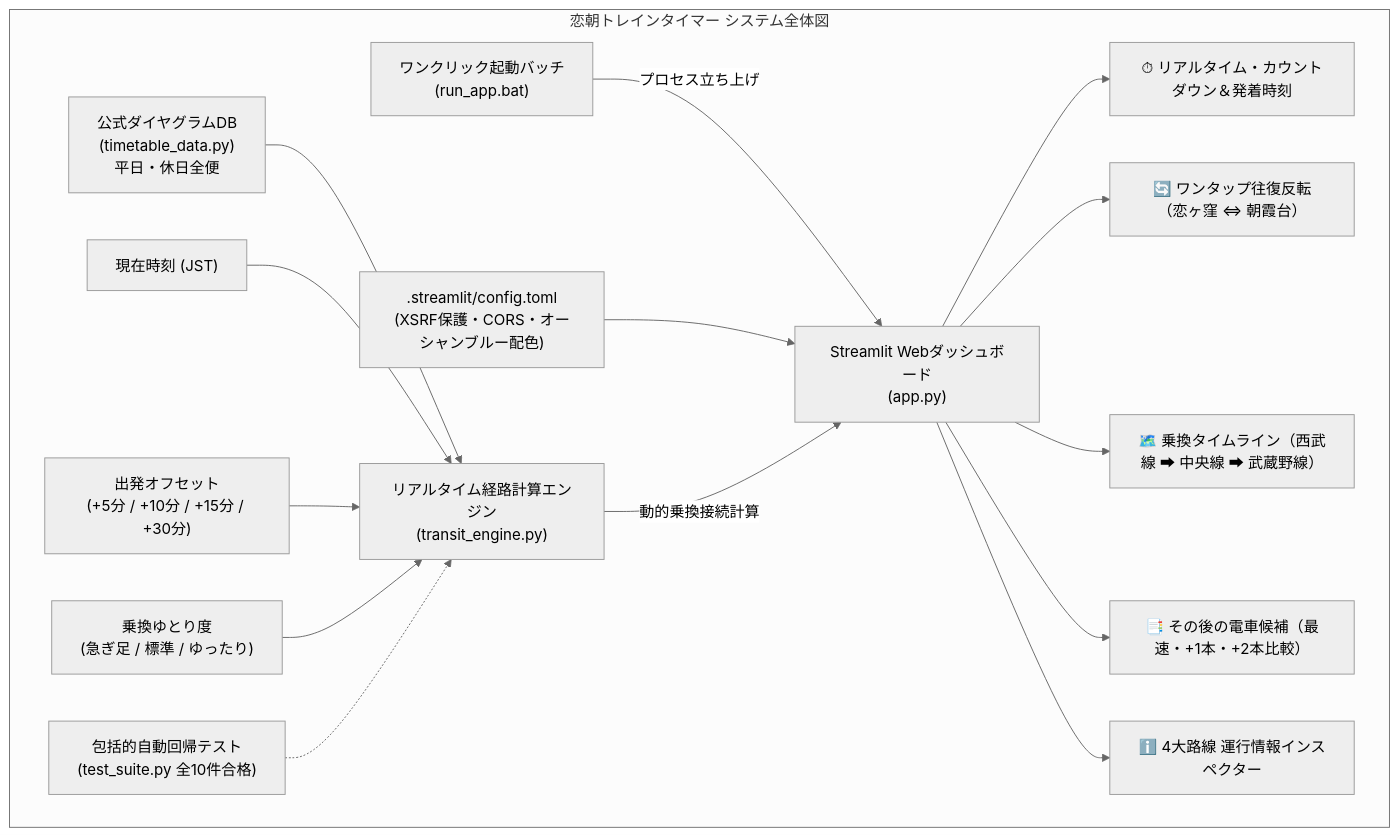
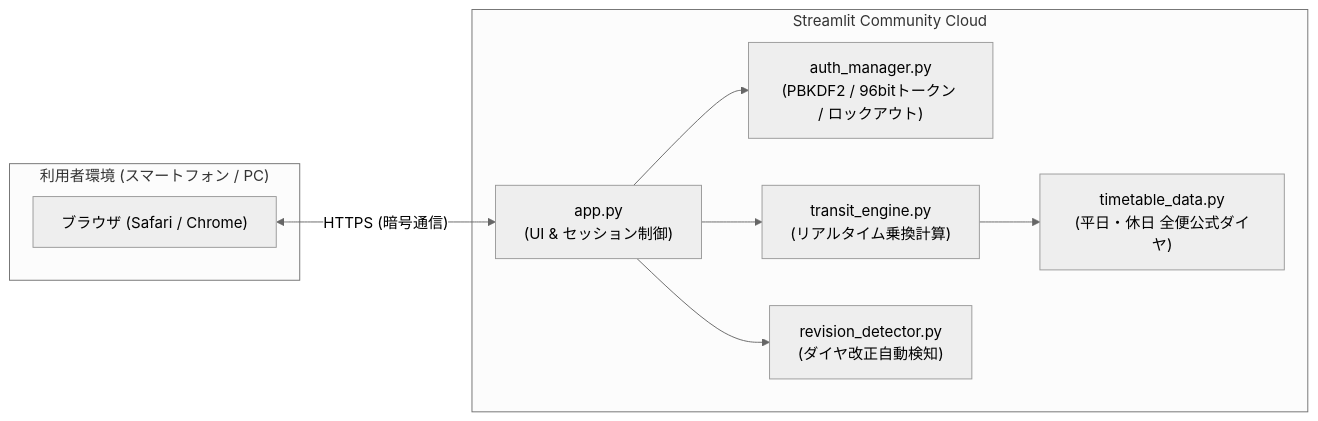
Before and after one commit to uriboh428/koiasa-train-timer: the second of 2 diagrams in README.md, drawn with Mermaid (neutral theme). The commit also changed other lines of this file and 1 other file, not shown here.

````diff
--- a/README.md
+++ b/README.md
@@ -19,24 +70,20 @@
 ```mermaid
-flowchart TD
-    subgraph Architecture["恋朝トレインタイマー システム全体図"]
-        Batch["ワンクリック起動バッチ<br>(run_app.bat)"] -->|"プロセス立ち上げ"| App["Streamlit Webダッシュボード<br>(app.py)"]
-        
-        Config[".streamlit/config.toml<br>(XSRF保護・CORS・オーシャンブルー配色)"] --> App
-        
-        Timetable["公式ダイヤグラムDB<br>(timetable_data.py)<br>平日・休日全便"] --> Engine["リアルタイム経路計算エンジン<br>(transit_engine.py)"]
-        
-        Clock["現在時刻 (JST)"] --> Engine
-        Offset["出発オフセット<br>(+5分 / +10分 / +15分 / +30分)"] --> Engine
-        Pace["乗換ゆとり度<br>(急ぎ足 / 標準 / ゆったり)"] --> Engine
-        
-        Engine -->|"動的乗換接続計算"| App
-        
-        App --> View1["⏱ リアルタイム・カウントダウン＆発着時刻"]
-        App --> View2["🔄 ワンタップ往復反転（恋ヶ窪 ⇔ 朝霞台）"]
-        App --> View3["🗺️ 乗換タイムライン（西武線 ➡ 中央線 ➡ 武蔵野線）"]
-        App --> View4["📑 その後の電車候補（最速・+1本・+2本比較）"]
-        App --> View5["ℹ️ 4大路線 運行情報インスペクター"]
-        
-        TestSuite["包括的自動回帰テスト<br>(test_suite.py 全10件合格)"] -.-> Engine
+flowchart LR
+    subgraph Client["利用者環境 (スマートフォン / PC)"]
+        Browser["ブラウザ (Safari / Chrome)"]
     end
+
+    subgraph StreamlitCloud["Streamlit Community Cloud"]
+        App["app.py<br>(UI & セッション制御)"]
+        Auth["auth_manager.py<br>(PBKDF2 / 96bitトークン / ロックアウト)"]
+        Engine["transit_engine.py<br>(リアルタイム乗換計算)"]
+        DB["timetable_data.py<br>(平日・休日 全便公式ダイヤ)"]
+        Revision["revision_detector.py<br>(ダイヤ改正自動検知)"]
+    end
+
+    Browser <-->|"HTTPS (暗号通信)"| App
+    App --> Auth
+    App --> Engine
+    Engine --> DB
+    App --> Revision
 ```
````
